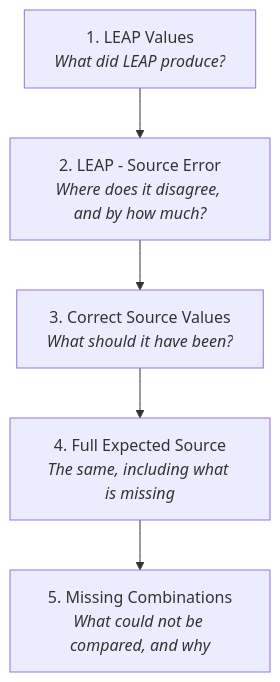
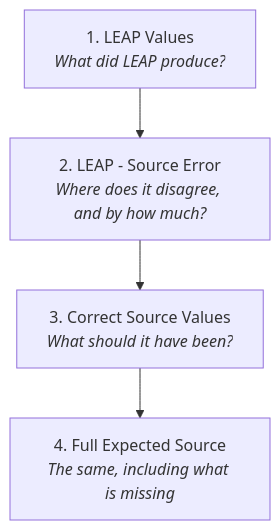
The third of 3 diagrams in docs/leap_review_tools_user_guide.md (asia-pacific-energy-research-centre/leap_initialisation), drawn with Mermaid before and after one commit. The commit also changed other lines of this file and 8 other files, not shown here.

Commit message:
codex: remove missing combinations workbook sheet

````diff
--- a/docs/leap_review_tools_user_guide.md
+++ b/docs/leap_review_tools_user_guide.md
@@ -193,9 +193,8 @@
 ```mermaid
 flowchart TD
     S1["1. LEAP Values<br/><i>What did LEAP produce?</i>"]
     S2["2. LEAP - Source Error<br/><i>Where does it disagree, and by how much?</i>"]
     S3["3. Correct Source Values<br/><i>What should it have been?</i>"]
     S4["4. Full Expected Source<br/><i>The same, including what is missing</i>"]
-    S5["5. Missing Combinations<br/><i>What could not be compared, and why</i>"]
-    S1 --> S2 --> S3 --> S4 --> S5
+    S1 --> S2 --> S3 --> S4
 ```
````
